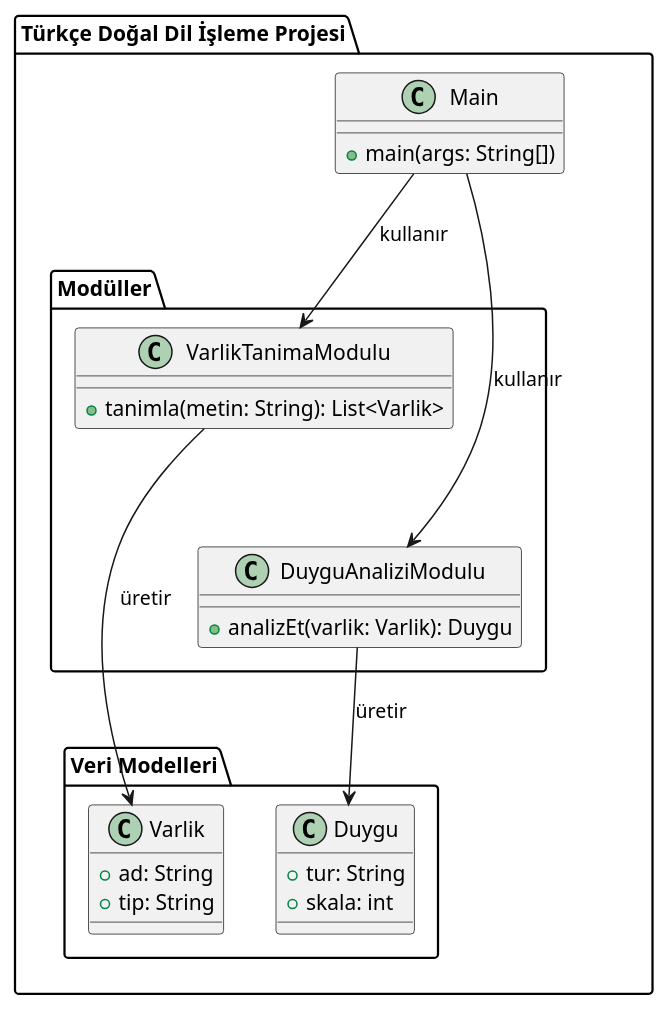
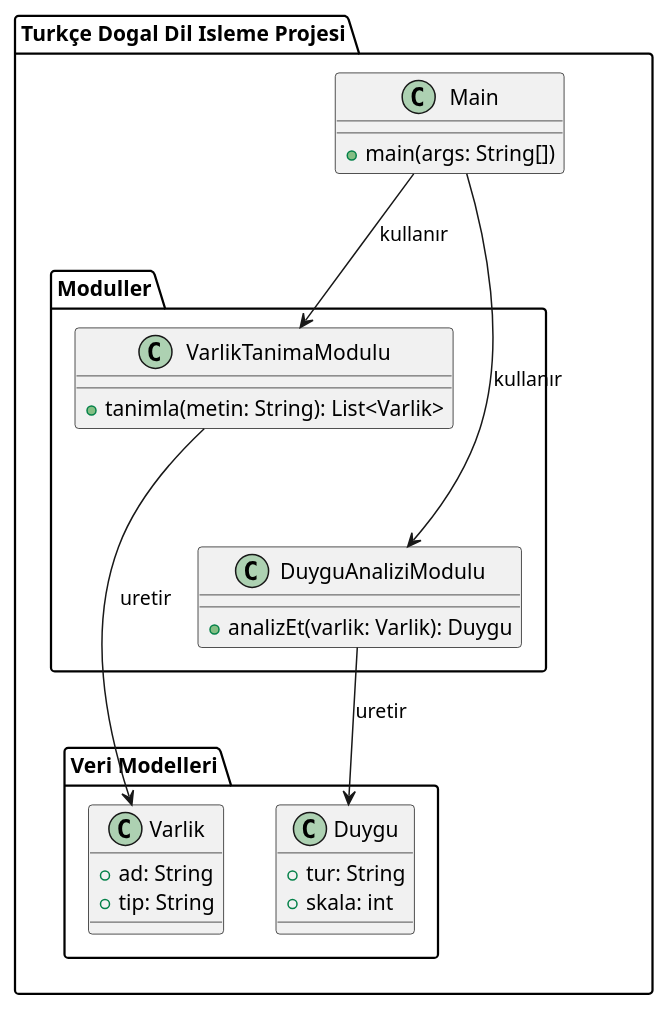
The diagram in templates/demo.puml (WhiteeAngels/TurkceDogalDil-Acikhack2024TDDI), drawn with PlantUML before and after one commit. The commit also changed 3 other files, not shown here.

```diff
--- a/templates/demo.puml
+++ b/templates/demo.puml
@@ -1,38 +1,38 @@
 @startuml
 
-package "Türkçe Doğal Dil İşleme Projesi" {
+package "Turkçe Dogal Dil Isleme Projesi" {
     class Main {
         + main(args: String[])
     }
 
-    package "Modüller" {
+    package "Moduller" {
         class VarlikTanimaModulu {
             + tanimla(metin: String): List<Varlik>
         }
 
         class DuyguAnaliziModulu {
             + analizEt(varlik: Varlik): Duygu
         }
     }
 
     package "Veri Modelleri" {
         class Varlik {
             + ad: String
             + tip: String
         }
 
         class Duygu {
             + tur: String
             + skala: int
         }
     }
 
     Main --> VarlikTanimaModulu : kullanır
     Main --> DuyguAnaliziModulu : kullanır
-    VarlikTanimaModulu --> Varlik : üretir
-    DuyguAnaliziModulu --> Duygu : üretir
+    VarlikTanimaModulu --> Varlik : uretir
+    DuyguAnaliziModulu --> Duygu : uretir
 
-    VarlikTanimaModulu -[hidden]-> DuyguAnaliziModulu : işbirliği
+    VarlikTanimaModulu -[hidden]-> DuyguAnaliziModulu : isbirligi
 }
 
 @enduml
```
